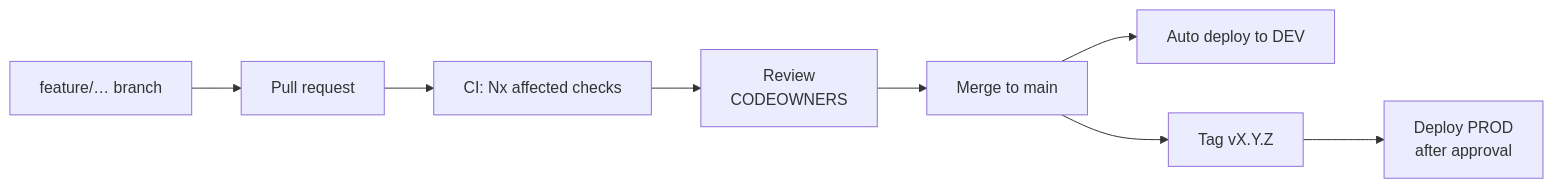
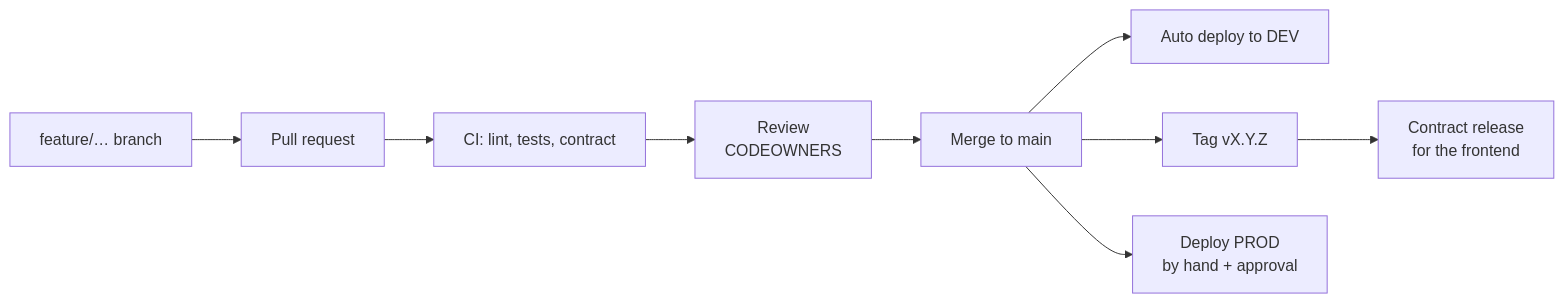
The diagram in docs/development/git-workflow.md (poornesh2026/Radial-Pulse-Backend), drawn with Mermaid before and after one commit. The commit also changed other lines of this file and 70 other files, not shown here.

````diff
--- a/docs/development/git-workflow.md
+++ b/docs/development/git-workflow.md
@@ -5,5 +5,6 @@
 ```mermaid
 flowchart LR
-  B[feature/… branch] --> PR[Pull request] --> CI[CI: Nx affected checks] --> R[Review<br/>CODEOWNERS] --> M[Merge to main] --> D[Auto deploy to DEV]
-  M --> T[Tag vX.Y.Z] --> P[Deploy PROD<br/>after approval]
+  B[feature/… branch] --> PR[Pull request] --> CI[CI: lint, tests, contract] --> R[Review<br/>CODEOWNERS] --> M[Merge to main] --> D[Auto deploy to DEV]
+  M --> T[Tag vX.Y.Z] --> C[Contract release<br/>for the frontend]
+  M --> P[Deploy PROD<br/>by hand + approval]
 ```
````
